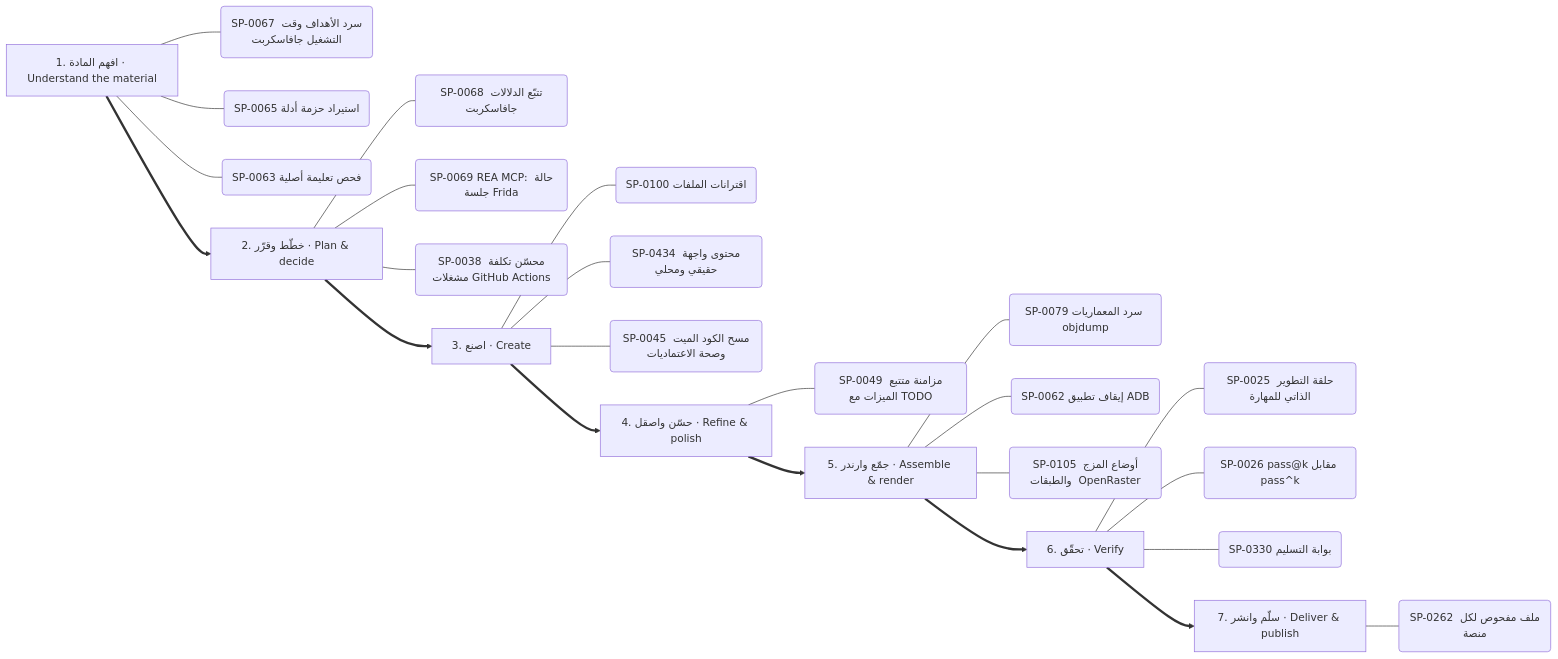
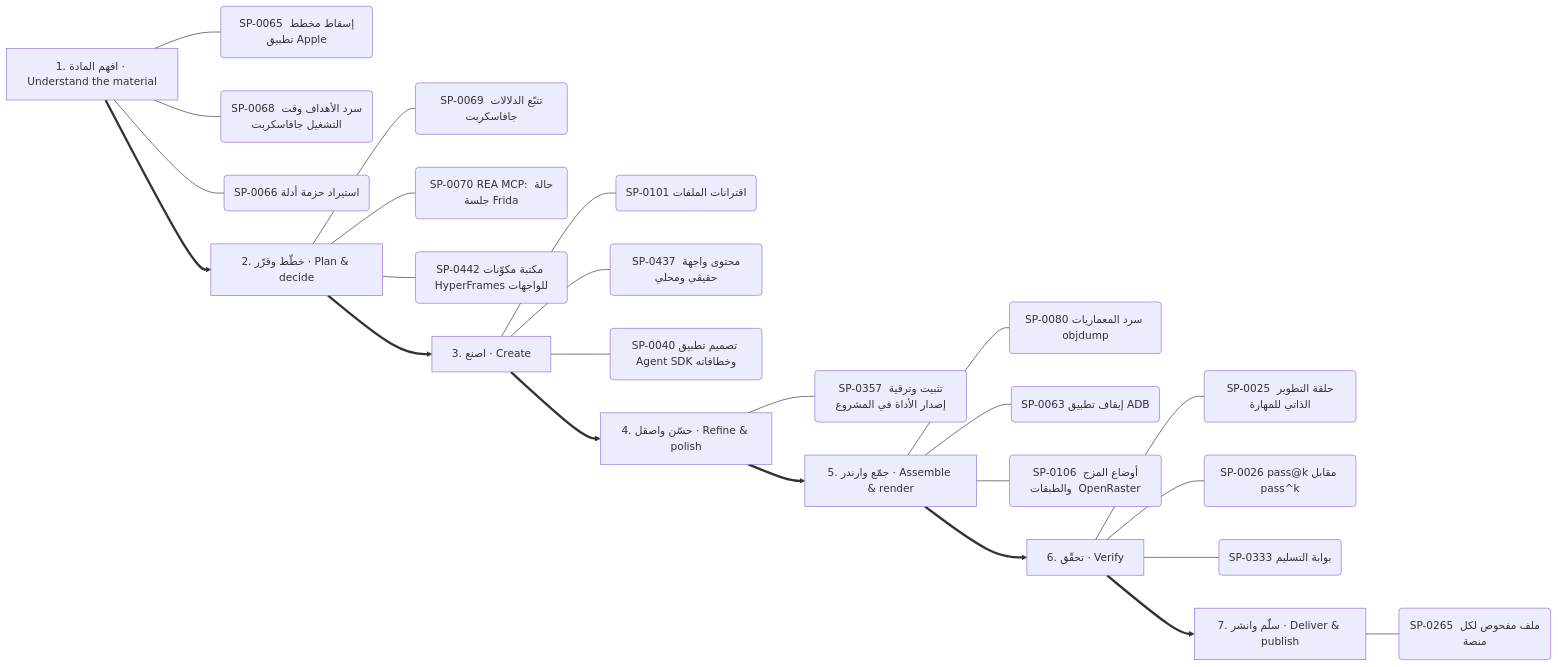
Before and after one commit to kosif199022-jpg/kosif-tool: diagram 11 of 13 in .claude/skills/kosif-superpowers/references/capability-mindmap.md, drawn with Mermaid. The commit also changed other lines of this file and 46 other files, not shown here.

````diff
--- a/.claude/skills/kosif-superpowers/references/capability-mindmap.md
+++ b/.claude/skills/kosif-superpowers/references/capability-mindmap.md
@@ -546,33 +547,33 @@
 ```mermaid
 flowchart LR
   S0["1. افهم المادة · Understand the material"]
-  S0 --- S0_0("SP-0067 سرد الأهداف وقت التشغيل جافاسكربت")
-  S0 --- S0_1("SP-0065 استيراد حزمة أدلة")
-  S0 --- S0_2("SP-0063 فحص تعليمة أصلية")
+  S0 --- S0_0("SP-0065 إسقاط مخطط تطبيق Apple")
+  S0 --- S0_1("SP-0068 سرد الأهداف وقت التشغيل جافاسكربت")
+  S0 --- S0_2("SP-0066 استيراد حزمة أدلة")
   S1["2. خطّط وقرّر · Plan & decide"]
-  S1 --- S1_0("SP-0068 تتبّع الدلالات جافاسكربت")
-  S1 --- S1_1("SP-0069 REA MCP: حالة جلسة Frida")
-  S1 --- S1_2("SP-0038 محسّن تكلفة مشغلات GitHub Actions")
+  S1 --- S1_0("SP-0069 تتبّع الدلالات جافاسكربت")
+  S1 --- S1_1("SP-0070 REA MCP: حالة جلسة Frida")
+  S1 --- S1_2("SP-0442 مكتبة مكوّنات HyperFrames للواجهات")
   S0 ==> S1
   S2["3. اصنع · Create"]
-  S2 --- S2_0("SP-0100 اقترانات الملفات")
-  S2 --- S2_1("SP-0434 محتوى واجهة حقيقي ومحلي")
-  S2 --- S2_2("SP-0045 مسح الكود الميت وصحة الاعتماديات")
+  S2 --- S2_0("SP-0101 اقترانات الملفات")
+  S2 --- S2_1("SP-0437 محتوى واجهة حقيقي ومحلي")
+  S2 --- S2_2("SP-0040 تصميم تطبيق Agent SDK وخطافاته")
   S1 ==> S2
   S3["4. حسّن واصقل · Refine & polish"]
-  S3 --- S3_0("SP-0049 مزامنة متتبع الميزات مع TODO")
+  S3 --- S3_0("SP-0357 تثبيت وترقية إصدار الأداة في المشروع")
   S2 ==> S3
   S4["5. جمّع وارندر · Assemble & render"]
-  S4 --- S4_0("SP-0079 سرد المعماريات objdump")
-  S4 --- S4_1("SP-0062 إيقاف تطبيق ADB")
-  S4 --- S4_2("SP-0105 أوضاع المزج والطبقات  OpenRaster ")
+  S4 --- S4_0("SP-0080 سرد المعماريات objdump")
+  S4 --- S4_1("SP-0063 إيقاف تطبيق ADB")
+  S4 --- S4_2("SP-0106 أوضاع المزج والطبقات  OpenRaster ")
   S3 ==> S4
   S5["6. تحقّق · Verify"]
   S5 --- S5_0("SP-0025 حلقة التطوير الذاتي للمهارة")
   S5 --- S5_1("SP-0026 pass@k مقابل pass^k")
-  S5 --- S5_2("SP-0330 بوابة التسليم")
+  S5 --- S5_2("SP-0333 بوابة التسليم")
   S4 ==> S5
   S6["7. سلّم وانشر · Deliver & publish"]
-  S6 --- S6_0("SP-0262 ملف مفحوص لكل منصة")
+  S6 --- S6_0("SP-0265 ملف مفحوص لكل منصة")
   S5 ==> S6
 ```
````
